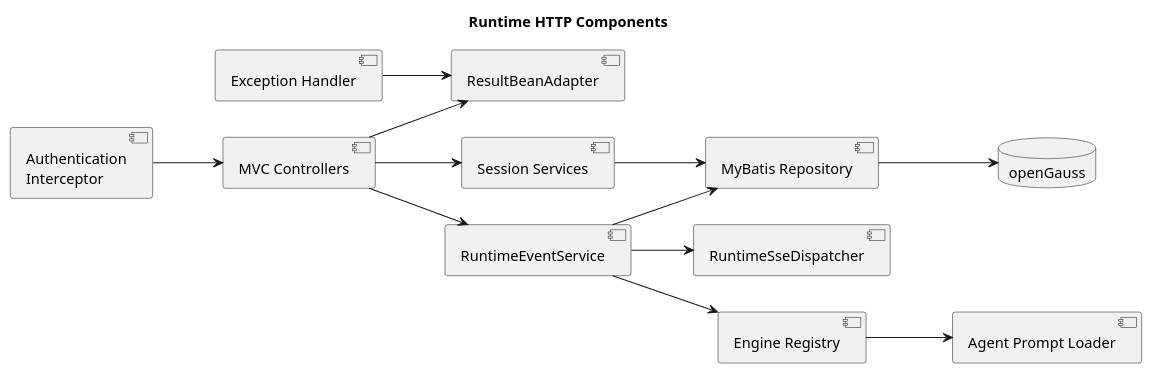
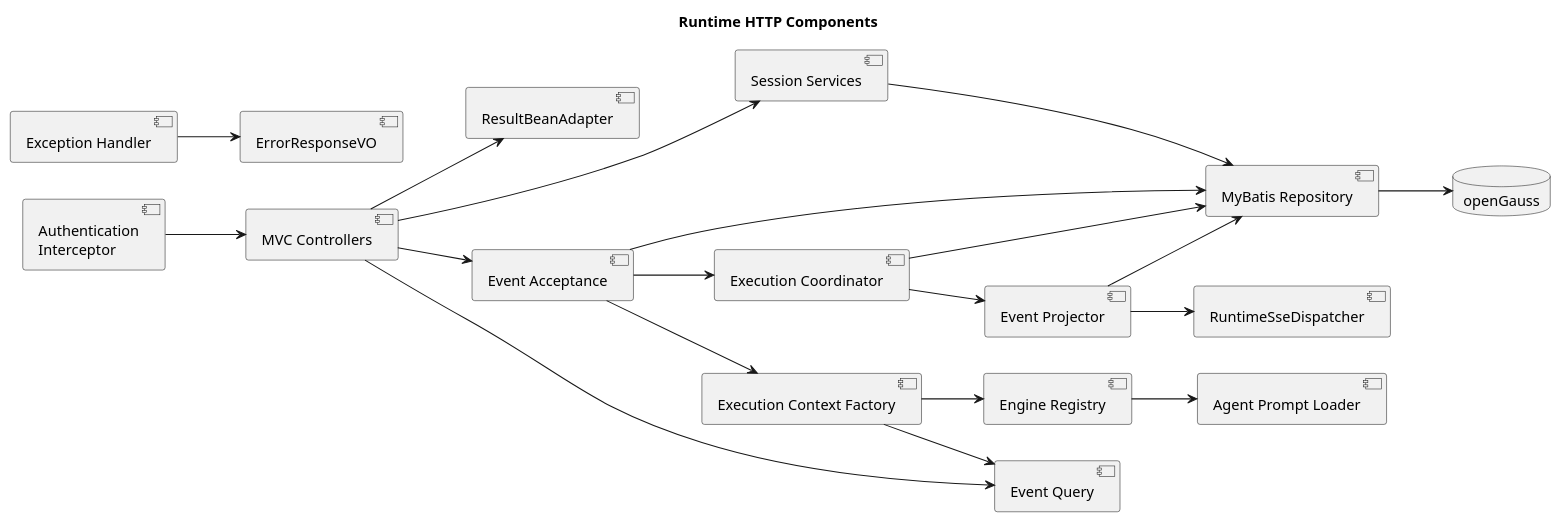
Before and after one commit to 2862282695gjh-afk/pi-mono-java: the third of 3 diagrams in docs/designs/coding-agent-cli/diagram.puml, drawn with PlantUML. The commit also changed other lines of this file and 113 other files, not shown here.

```diff
--- a/docs/designs/coding-agent-cli/diagram.puml
+++ b/docs/designs/coding-agent-cli/diagram.puml
@@ -58,34 +58,49 @@
 @startuml runtime-http-components
 title Runtime HTTP Components
 left to right direction
 
-' Source evidence: implementation commit 8691e8800f05f28afe22499050c29220ef5b7475.
+' Source evidence baseline: implementation commit f899547d120ce06aec27ecf5dbb448a7851a942a.
 ' Source: modules/coding-agent-cli/src/main/java/com/campusclaw/codingagent/runtimeapi/web, Controller classes.
 ' Source: modules/coding-agent-cli/src/main/java/com/campusclaw/codingagent/runtimeapi/event/RuntimeEventService.java.
+' Source: modules/coding-agent-cli/src/main/java/com/campusclaw/codingagent/runtimeapi/event/RuntimeEventQueryService.java.
+' Source: modules/coding-agent-cli/src/main/java/com/campusclaw/codingagent/runtimeapi/event/RuntimeExecutionCoordinator.java.
 ' Source: modules/coding-agent-cli/src/main/java/com/campusclaw/codingagent/runtimeapi/persistence/MyBatisRuntimeSessionRepository.java.
 ' Observed behavior: blocking MVC boundaries delegate execution to the agent engine and stream through bounded SSE subscribers.
+' Design reason: separate request acceptance, history queries, and the asynchronous execution lifecycle.
 
 component "MVC Controllers" as Controllers
 component "Authentication\nInterceptor" as Auth
 component "Exception Handler" as Errors
 component "ResultBeanAdapter" as Result
+component "ErrorResponseVO" as ErrorBody
 component "Session Services" as Sessions
-component "RuntimeEventService" as Events
+component "Event Acceptance" as Events
+component "Event Query" as Queries
+component "Execution Context Factory" as Context
+component "Execution Coordinator" as Coordinator
+component "Event Projector" as Projector
 component "RuntimeSseDispatcher" as Sse
 component "Engine Registry" as Engine
 component "Agent Prompt Loader" as Prompt
 component "MyBatis Repository" as Repository
 database "openGauss" as Db
 
 Auth --> Controllers
 Controllers --> Sessions
 Controllers --> Events
+Controllers --> Queries
 Controllers --> Result
-Errors --> Result
+Errors --> ErrorBody
 Sessions --> Repository
 Events --> Repository
-Events --> Engine
-Events --> Sse
+Events --> Context
+Events --> Coordinator
+Context --> Queries
+Context --> Engine
+Coordinator --> Projector
+Coordinator --> Repository
+Projector --> Repository
+Projector --> Sse
 Engine --> Prompt
 Repository --> Db
 @enduml
```
